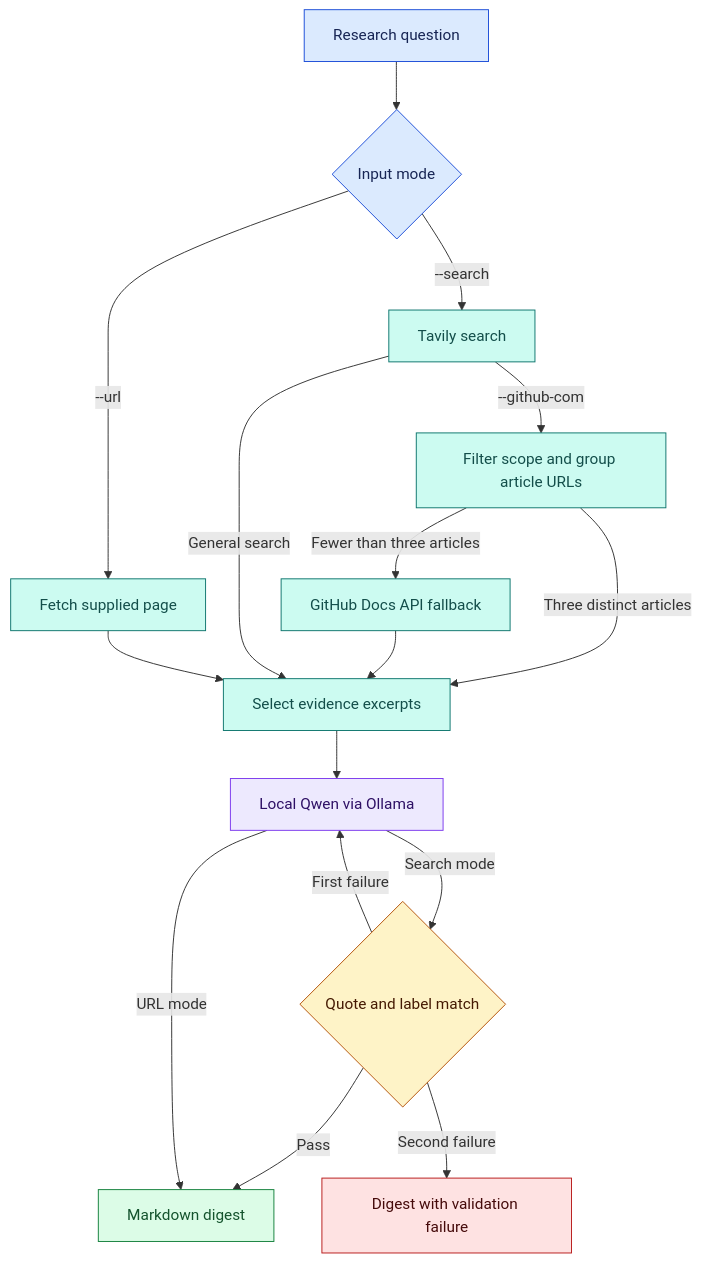
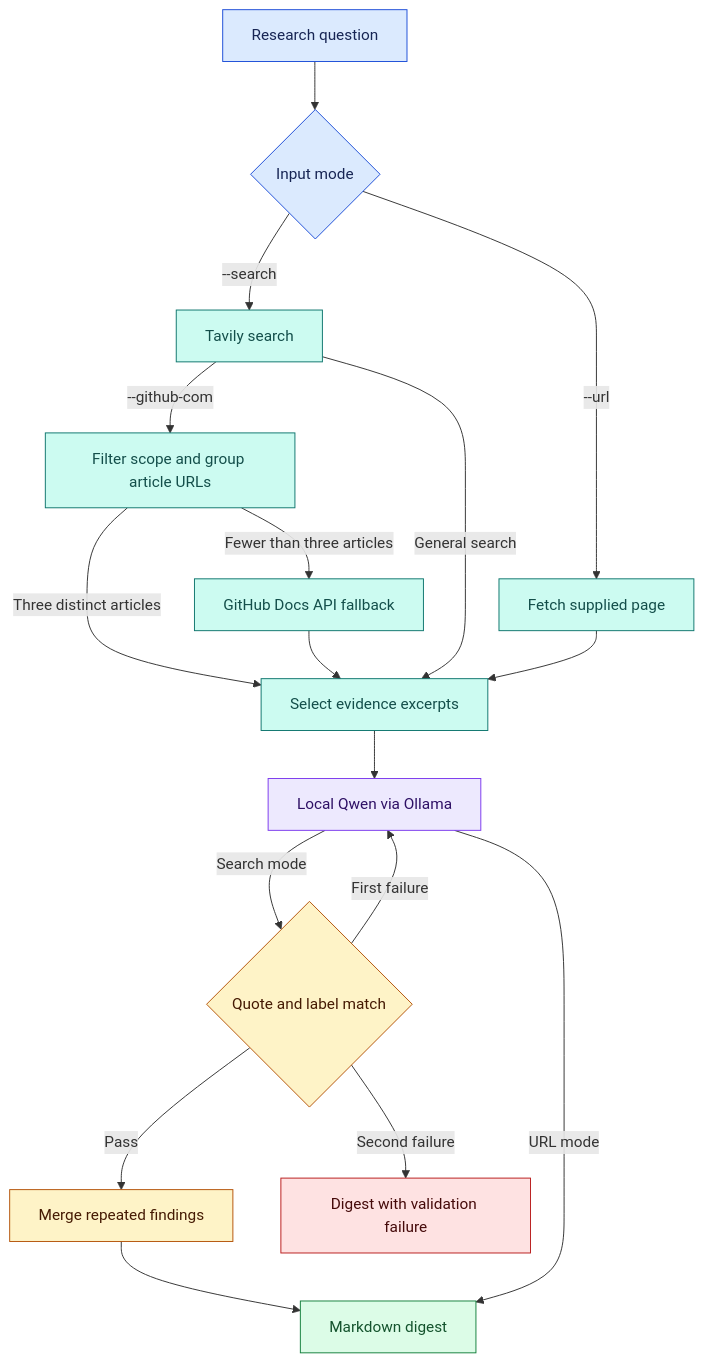
The diagram in README.md (anne500/personal-web-research-agent), drawn with Mermaid before and after one commit. The commit also changed other lines of this file and 6 other files, not shown here.

Commit message:
Merge cited findings and add an offline claim-support evaluation

````diff
--- a/README.md
+++ b/README.md
@@ -55,30 +50,31 @@
 ```mermaid
 flowchart TD
     Q["Research question"] --> M{"Input mode"}
     M -->|"--url"| U["Fetch supplied page"]
     M -->|"--search"| T["Tavily search"]
     T -->|"--github-com"| F["Filter scope and group article URLs"]
     F -->|"Fewer than three articles"| G["GitHub Docs API fallback"]
     F -->|"Three distinct articles"| E["Select evidence excerpts"]
     G --> E
     T -->|"General search"| E
     U --> E
     E --> O["Local Qwen via Ollama"]
     O -->|"Search mode"| V{"Quote and label match"}
-    V -->|"Pass"| D["Markdown digest"]
+    V -->|"Pass"| C["Merge repeated findings"]
+    C --> D["Markdown digest"]
     V -->|"First failure"| O
     V -->|"Second failure"| A["Digest with validation failure"]
     O -->|"URL mode"| D
     classDef input fill:#dbeafe,stroke:#1d4ed8,color:#172554;
     classDef retrieval fill:#ccfbf1,stroke:#0f766e,color:#134e4a;
     classDef model fill:#ede9fe,stroke:#7c3aed,color:#2e1065;
     classDef check fill:#fef3c7,stroke:#b45309,color:#451a03;
     classDef output fill:#dcfce7,stroke:#15803d,color:#14532d;
     classDef failure fill:#fee2e2,stroke:#b91c1c,color:#450a0a;
     class Q,M input;
     class T,U,F,G,E retrieval;
     class O model;
-    class V check;
+    class V,C check;
     class D output;
     class A failure;
 ```
````
